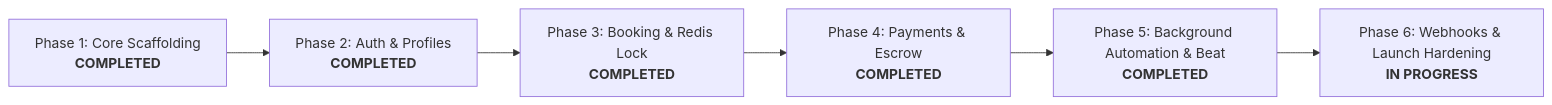
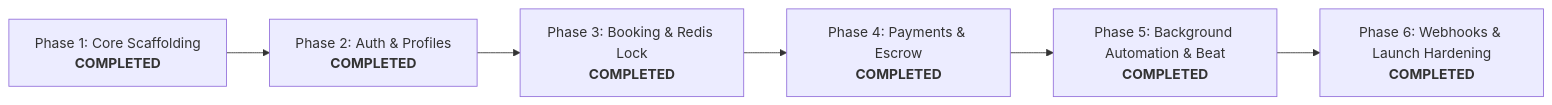
Before and after one commit to sharonremotedeveloper/SharonOnline: the diagram in docs/PROGRESS_AND_ROADMAP.md, drawn with Mermaid. The commit also changed other lines of this file and 10 other files, not shown here.

````diff
--- a/docs/PROGRESS_AND_ROADMAP.md
+++ b/docs/PROGRESS_AND_ROADMAP.md
@@ -5,8 +5,8 @@
 ```mermaid
 flowchart LR
     P1["Phase 1: Core Scaffolding<br/><b>COMPLETED</b>"] --> P2["Phase 2: Auth & Profiles<br/><b>COMPLETED</b>"]
     P2 --> P3["Phase 3: Booking & Redis Lock<br/><b>COMPLETED</b>"]
     P3 --> P4["Phase 4: Payments & Escrow<br/><b>COMPLETED</b>"]
     P4 --> P5["Phase 5: Background Automation & Beat<br/><b>COMPLETED</b>"]
-    P5 --> P6["Phase 6: Webhooks & Launch Hardening<br/><b>IN PROGRESS</b>"]
+    P5 --> P6["Phase 6: Webhooks & Launch Hardening<br/><b>COMPLETED</b>"]
 ```
````
